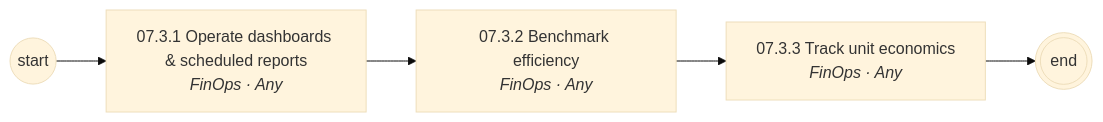
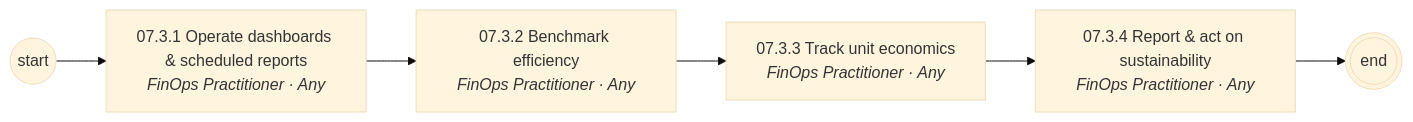
The fourth of 7 diagrams in diagrams/mermaid/area-07.md (corbyjames/apptio-process-catalog), drawn with Mermaid (base theme) before and after one commit. The commit also changed other lines of this file and 251 other files, not shown here.

````diff
--- a/diagrams/mermaid/area-07.md
+++ b/diagrams/mermaid/area-07.md
@@ -61,11 +59,13 @@
 ```mermaid
 flowchart LR
   S((start))
-  N07_3_1["07.3.1 Operate dashboards & scheduled reports<br/><i>FinOps · Any</i>"]
+  N07_3_1["07.3.1 Operate dashboards & scheduled reports<br/><i>FinOps Practitioner · Any</i>"]
   S --> N07_3_1
-  N07_3_2["07.3.2 Benchmark efficiency<br/><i>FinOps · Any</i>"]
+  N07_3_2["07.3.2 Benchmark efficiency<br/><i>FinOps Practitioner · Any</i>"]
   N07_3_1 --> N07_3_2
-  N07_3_3["07.3.3 Track unit economics<br/><i>FinOps · Any</i>"]
+  N07_3_3["07.3.3 Track unit economics<br/><i>FinOps Practitioner · Any</i>"]
   N07_3_2 --> N07_3_3
-  N07_3_3 --> E(((end)))
+  N07_3_4["07.3.4 Report & act on sustainability<br/><i>FinOps Practitioner · Any</i>"]
+  N07_3_3 --> N07_3_4
+  N07_3_4 --> E(((end)))
 ```
````
